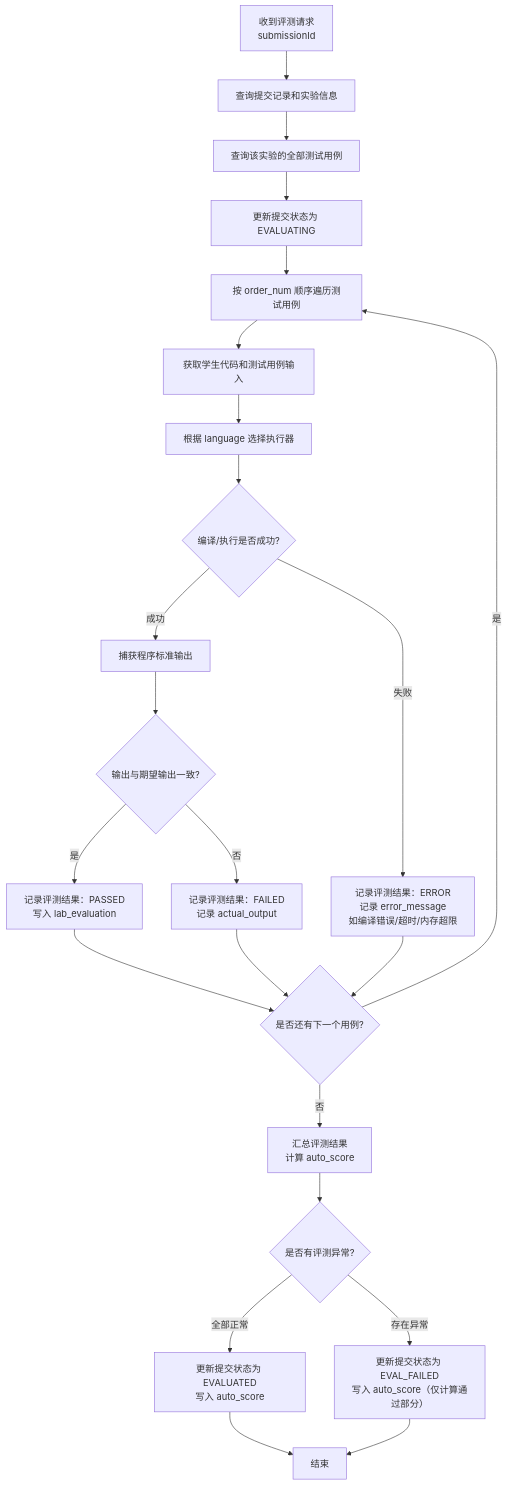
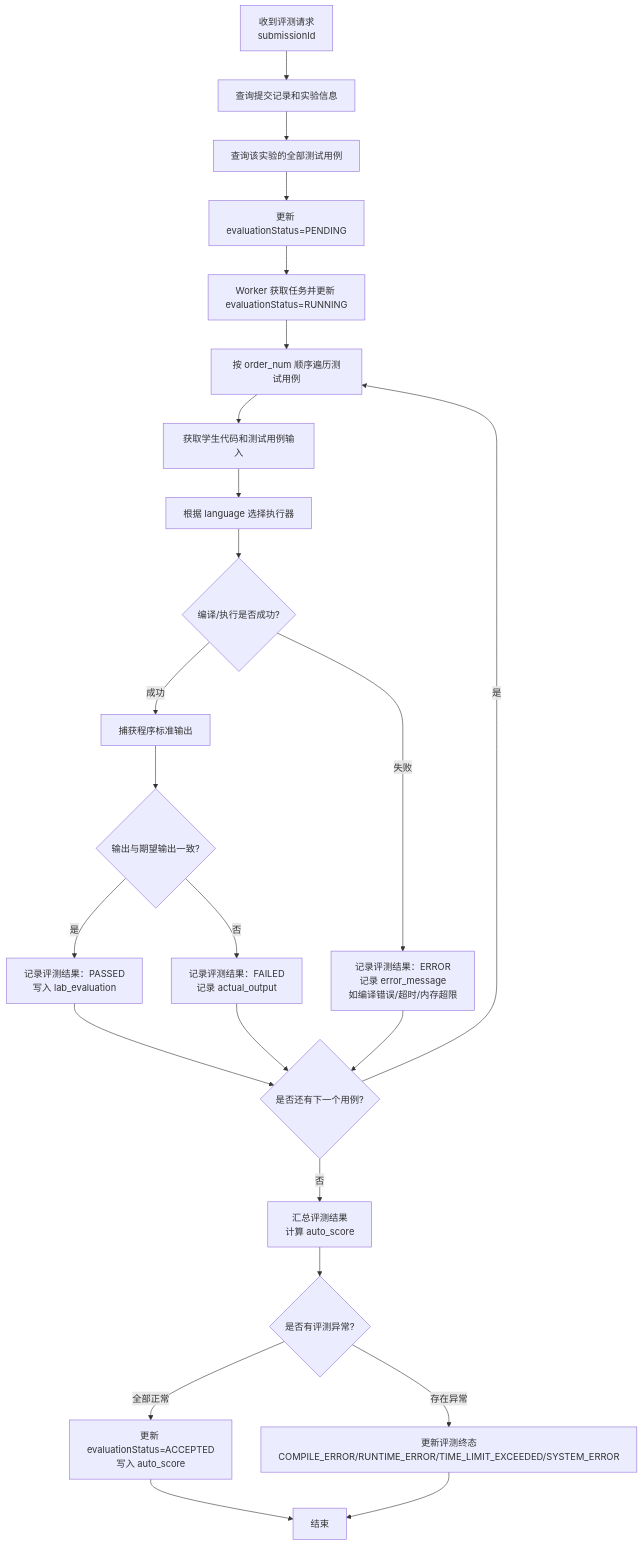
One commit to Cr4zyorange/OnlineJudge changed the third of 7 diagrams in docs/过程/详细设计/LAB-实训实验模块-详细设计提交稿.md. Above: the diagram before and after it, drawn with Mermaid. The commit also changed other lines of this file and 10 other files, not shown here.

````diff
--- a/docs/过程/详细设计/LAB-实训实验模块-详细设计提交稿.md
+++ b/docs/过程/详细设计/LAB-实训实验模块-详细设计提交稿.md
@@ -631,25 +643,26 @@
 ```mermaid
 flowchart TD
   A[收到评测请求<br/>submissionId] --> B[查询提交记录和实验信息]
   B --> C[查询该实验的全部测试用例]
-  C --> D[更新提交状态为 EVALUATING]
-  D --> E[按 order_num 顺序遍历测试用例]
+  C --> D[更新 evaluationStatus=PENDING]
+  D --> E0[Worker 获取任务并更新 evaluationStatus=RUNNING]
+  E0 --> E[按 order_num 顺序遍历测试用例]
   E --> F[获取学生代码和测试用例输入]
   F --> G[根据 language 选择执行器]
   G --> H{编译/执行是否成功?}
   H -- 成功 --> I[捕获程序标准输出]
   I --> J{输出与期望输出一致?}
   J -- 是 --> K[记录评测结果：PASSED<br/>写入 lab_evaluation]
   J -- 否 --> L[记录评测结果：FAILED<br/>记录 actual_output]
   H -- 失败 --> M[记录评测结果：ERROR<br/>记录 error_message<br/>如编译错误/超时/内存超限]
   K --> N{是否还有下一个用例?}
   L --> N
   M --> N
   N -- 是 --> E
   N -- 否 --> O[汇总评测结果<br/>计算 auto_score]
   O --> P{是否有评测异常?}
-  P -- 全部正常 --> Q[更新提交状态为 EVALUATED<br/>写入 auto_score]
-  P -- 存在异常 --> R[更新提交状态为 EVAL_FAILED<br/>写入 auto_score（仅计算通过部分）]
+  P -- 全部正常 --> Q[更新 evaluationStatus=ACCEPTED<br/>写入 auto_score]
+  P -- 存在异常 --> R[更新评测终态<br/>COMPILE_ERROR/RUNTIME_ERROR/TIME_LIMIT_EXCEEDED/SYSTEM_ERROR]
   Q --> S[结束]
   R --> S
 ```
````
